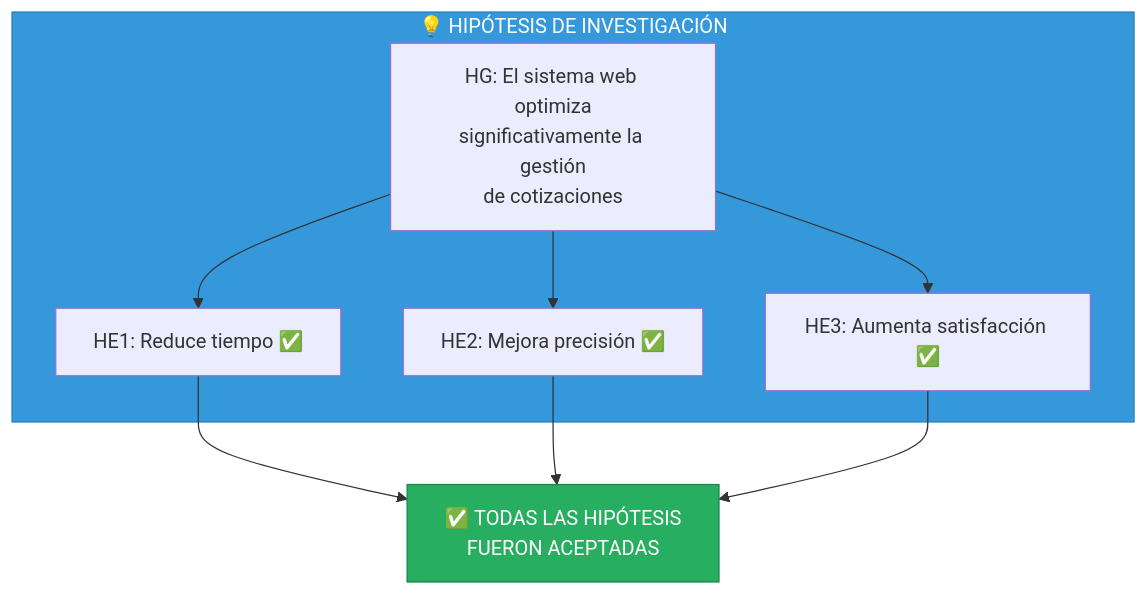
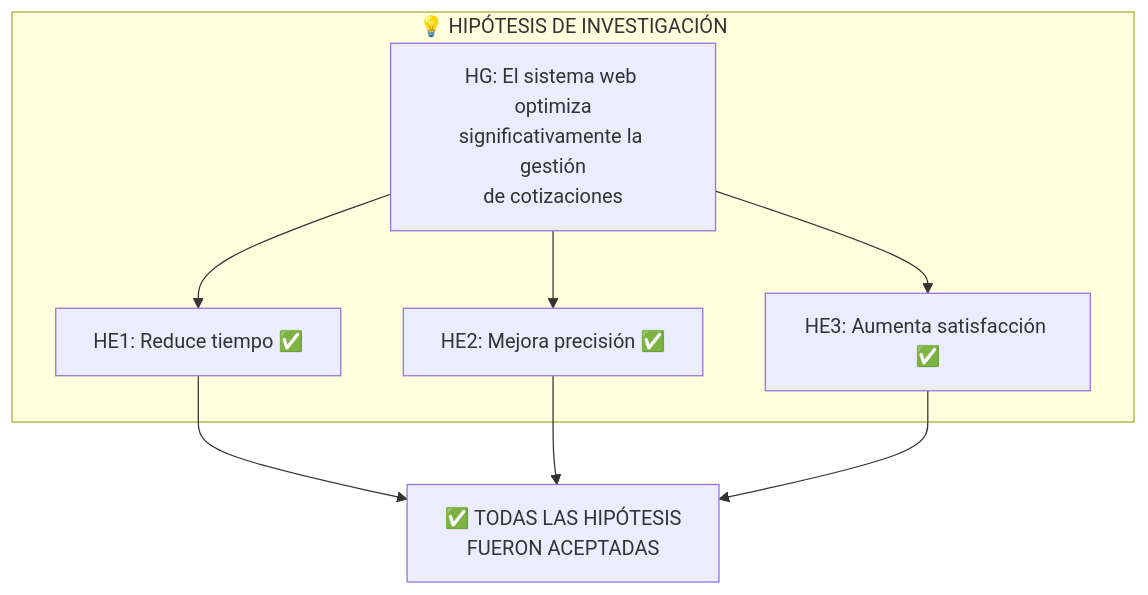
One commit to decagraff/LCService changed the sixth of 6 diagrams in docs/06-resultados.md. Above: the diagram before and after it, drawn with Mermaid. The commit also changed other lines of this file and 7 other files, not shown here.

````diff
--- a/docs/06-resultados.md
+++ b/docs/06-resultados.md
@@ -145,23 +142,21 @@
 ```mermaid
 flowchart TB
     subgraph hipotesis["💡 HIPÓTESIS DE INVESTIGACIÓN"]
         HG["HG: El sistema web optimiza<br/>significativamente la gestión<br/>de cotizaciones"]
 
         HE1["HE1: Reduce tiempo ✅"]
         HE2["HE2: Mejora precisión ✅"]
         HE3["HE3: Aumenta satisfacción ✅"]
     end
 
     HG --> HE1
     HG --> HE2
     HG --> HE3
 
     CONCLUSION["✅ TODAS LAS HIPÓTESIS<br/>FUERON ACEPTADAS"]
 
     HE1 --> CONCLUSION
     HE2 --> CONCLUSION
     HE3 --> CONCLUSION
 
-    style CONCLUSION fill:#27ae60,stroke:#1e8449,color:#fff
-    style hipotesis fill:#3498db,stroke:#2980b9,color:#fff
 ```
````
